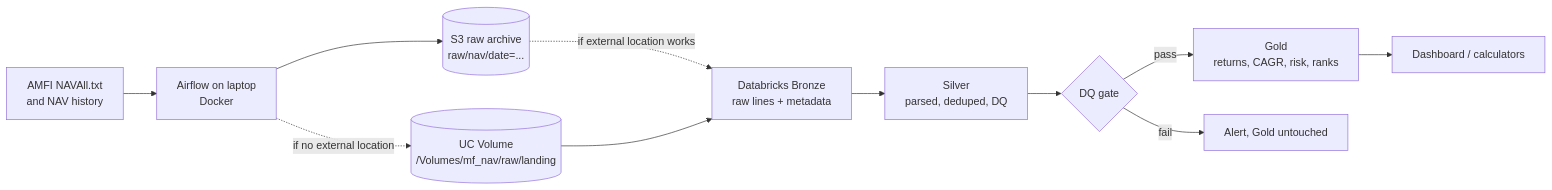
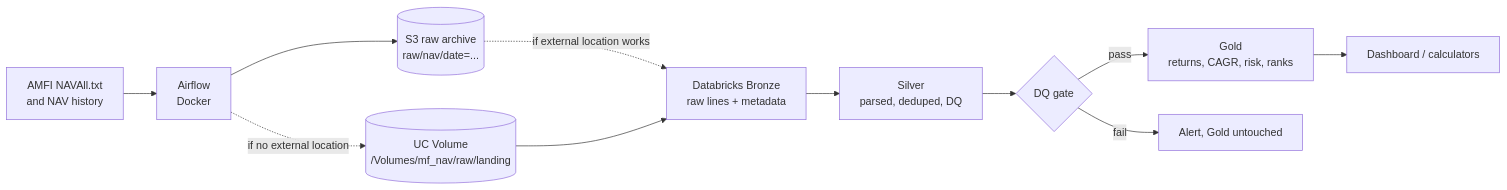
Before and after one commit to twarangupta/mf-nav-lakehouse: the diagram in README.md, drawn with Mermaid. The commit also changed other lines of this file and 1 other file, not shown here.

````diff
--- a/README.md
+++ b/README.md
@@ -11,13 +11,13 @@
 ```mermaid
 flowchart LR
-    A[AMFI NAVAll.txt<br/>and NAV history] --> B[Airflow on laptop<br/>Docker]
+    A[AMFI NAVAll.txt<br/>and NAV history] --> B[Airflow<br/>Docker]
     B --> C[(S3 raw archive<br/>raw/nav/date=...)]
     B -. if no external location .-> V[(UC Volume<br/>/Volumes/mf_nav/raw/landing)]
     C -. if external location works .-> D
     V --> D[Databricks Bronze<br/>raw lines + metadata]
     D --> E[Silver<br/>parsed, deduped, DQ]
     E --> G{DQ gate}
     G -- pass --> F[Gold<br/>returns, CAGR, risk, ranks]
     G -- fail --> X[Alert, Gold untouched]
     F --> H[Dashboard / calculators]
 ```
````
